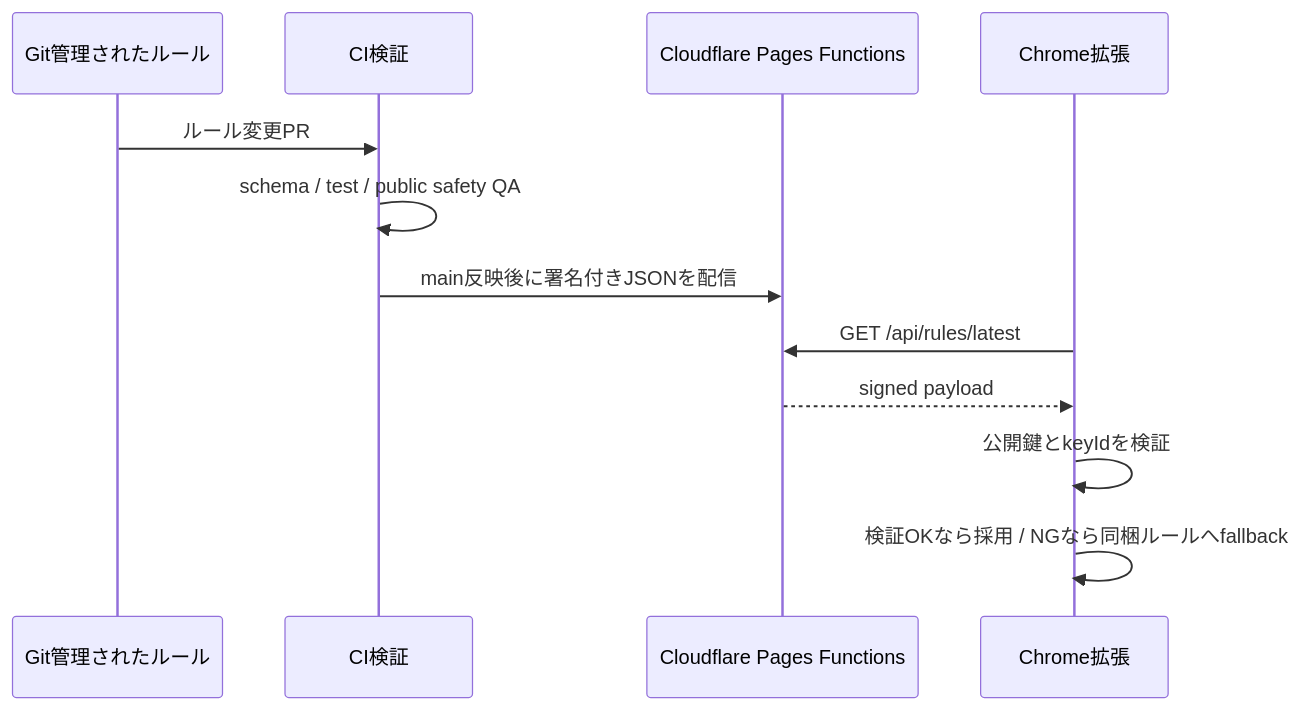
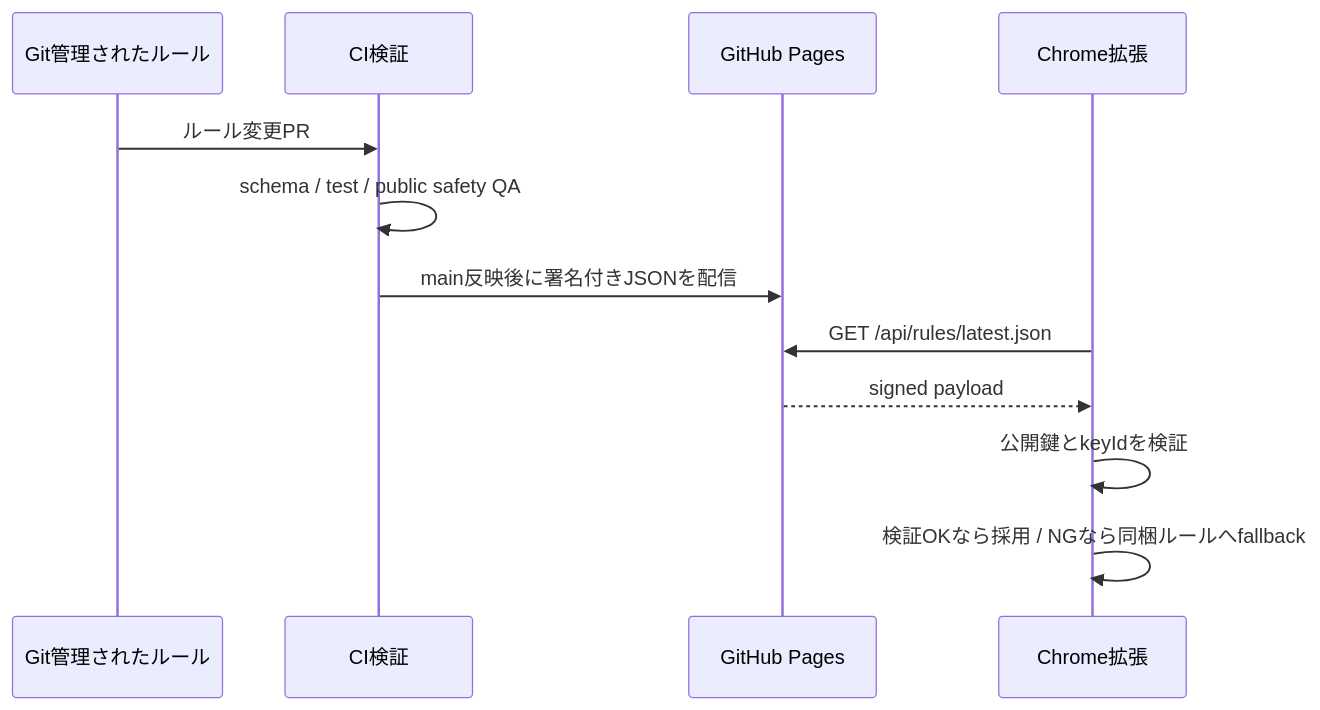
The second of 2 diagrams in docs/portfolio-case-study.md (shunya-mabuchi/ai-mae-check), drawn with Mermaid before and after one commit. The commit also changed other lines of this file and 78 other files, not shown here.

Commit message:
GitHub Pagesへ公開基盤を移行 (#479)

````diff
--- a/docs/portfolio-case-study.md
+++ b/docs/portfolio-case-study.md
@@ -78,15 +78,15 @@
 ```mermaid
 sequenceDiagram
   participant Repo as Git管理されたルール
   participant CI as CI検証
-  participant Worker as Cloudflare Pages Functions
+  participant Pages as GitHub Pages
   participant Extension as Chrome拡張
 
   Repo->>CI: ルール変更PR
   CI->>CI: schema / test / public safety QA
-  CI->>Worker: main反映後に署名付きJSONを配信
-  Extension->>Worker: GET /api/rules/latest
-  Worker-->>Extension: signed payload
+  CI->>Pages: main反映後に署名付きJSONを配信
+  Extension->>Pages: GET /api/rules/latest.json
+  Pages-->>Extension: signed payload
   Extension->>Extension: 公開鍵とkeyIdを検証
   Extension->>Extension: 検証OKなら採用 / NGなら同梱ルールへfallback
 ```
````
